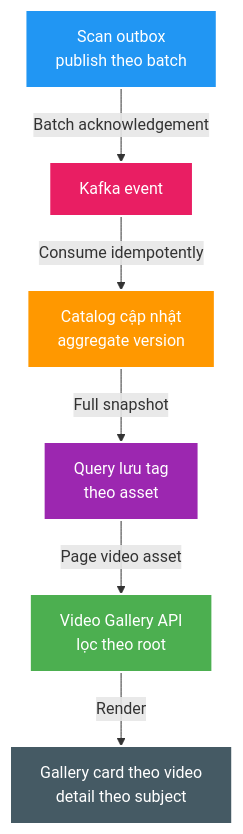
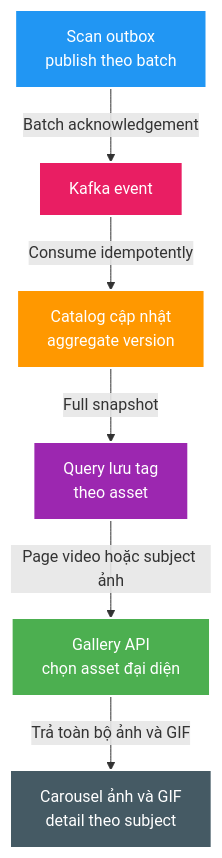
One commit to HungPhan200591/file-mngt-be-v2 changed the diagram in docs/features/043-video-gallery-throughput/02-design.md. Above: the diagram before and after it, drawn with Mermaid. The commit also changed other lines of this file and 10 other files, not shown here.

Commit message:
feat(gallery): enhance video gallery to support representative asset cards for roots without videos

````diff
--- a/docs/features/043-video-gallery-throughput/02-design.md
+++ b/docs/features/043-video-gallery-throughput/02-design.md
@@ -5,22 +5,22 @@
 ```mermaid
 flowchart TB
     SCAN["<font color='white'>Scan outbox<br/>publish theo batch</font>"]
     KAFKA["<font color='white'>Kafka event</font>"]
     CATALOG["<font color='white'>Catalog cập nhật<br/>aggregate version</font>"]
     QUERY["<font color='white'>Query lưu tag<br/>theo asset</font>"]
-    API["<font color='white'>Video Gallery API<br/>lọc theo root</font>"]
-    FE["<font color='white'>Gallery card theo video<br/>detail theo subject</font>"]
+    API["<font color='white'>Gallery API<br/>chọn asset đại diện</font>"]
+    FE["<font color='white'>Carousel ảnh và GIF<br/>detail theo subject</font>"]
 
     SCAN -->|"Batch acknowledgement"| KAFKA
     KAFKA -->|"Consume idempotently"| CATALOG
     CATALOG -->|"Full snapshot"| QUERY
-    QUERY -->|"Page video asset"| API
-    API -->|"Render"| FE
+    QUERY -->|"Page video hoặc subject ảnh"| API
+    API -->|"Trả toàn bộ ảnh và GIF"| FE
 
     style SCAN fill:#2196F3,stroke:#fff,stroke-width:2px,color:#fff
     style KAFKA fill:#E91E63,stroke:#fff,stroke-width:2px,color:#fff
     style CATALOG fill:#FF9800,stroke:#fff,stroke-width:2px,color:#fff
     style QUERY fill:#9C27B0,stroke:#fff,stroke-width:2px,color:#fff
     style API fill:#4CAF50,stroke:#fff,stroke-width:2px,color:#fff
     style FE fill:#455A64,stroke:#fff,stroke-width:2px,color:#fff
 ```
````
